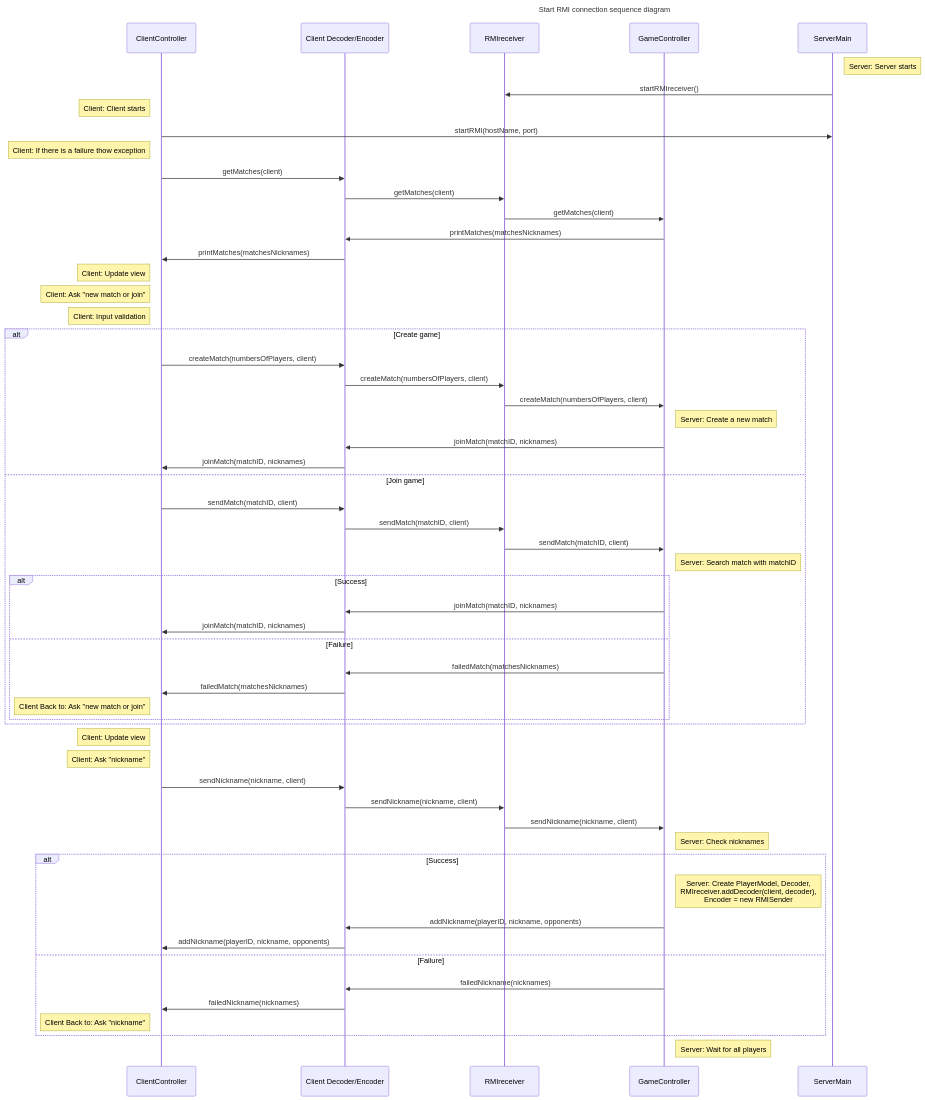
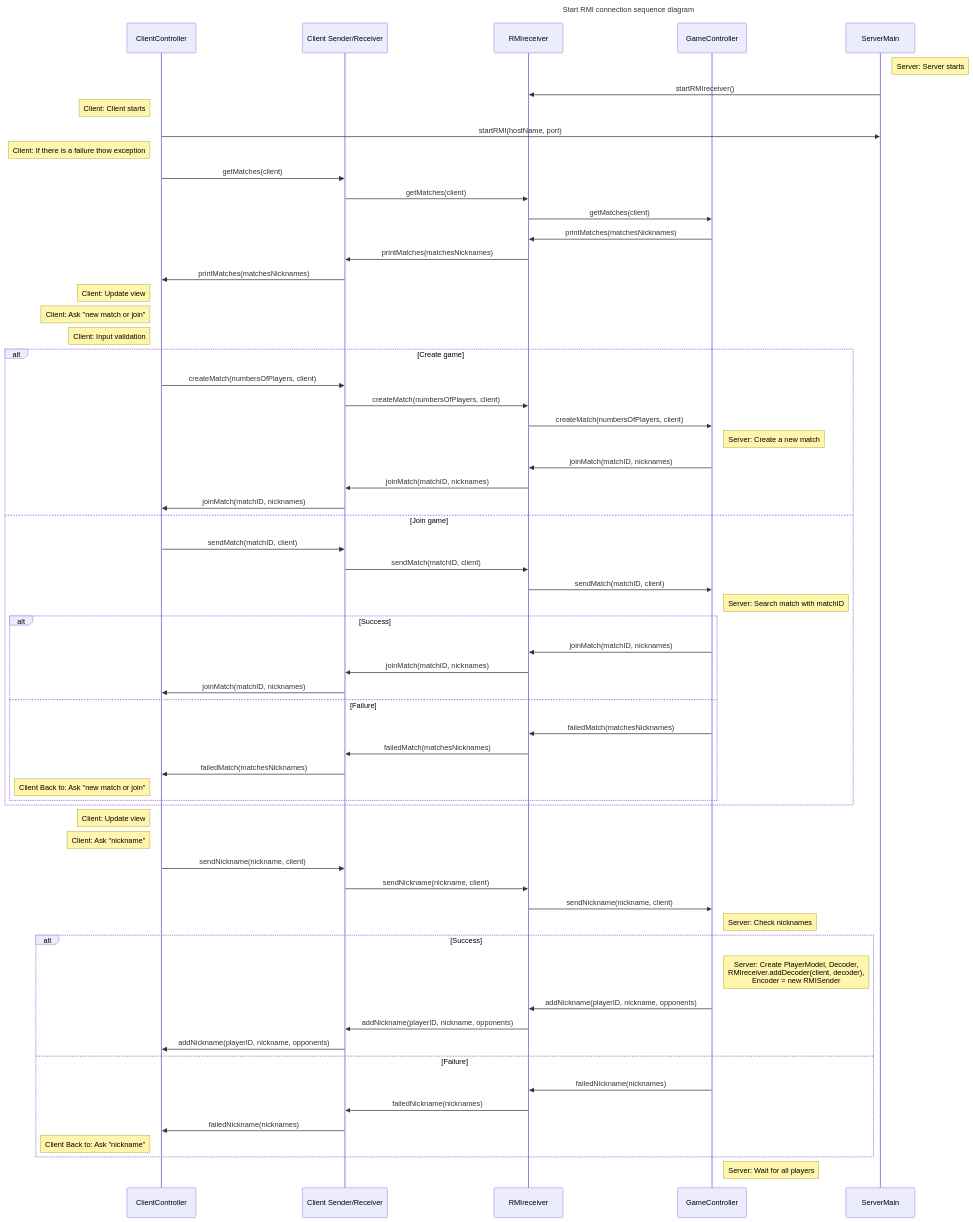
Before and after one commit to SteveOrDan/IS24-AM17: the fifth of 8 diagrams in README.md, drawn with Mermaid. The commit also changed other lines of this file, not shown here.

```diff
--- a/README.md
+++ b/README.md
@@ -1655,7 +1661,7 @@
     title Start RMI connection sequence diagram
 
     participant C as ClientController
-    participant Cn as Client Decoder/Encoder
+    participant Cn as Client Sender/Receiver
     participant Sn as RMIreceiver
     participant G as GameController
     participant S as ServerMain
@@ -1676,7 +1682,8 @@
 
     Sn->>G: getMatches(client)
 
-    G->>Cn: printMatches(matchesNicknames)
+    G->>Sn: printMatches(matchesNicknames)
+    Sn->>Cn: printMatches(matchesNicknames)
 
     Cn->>C: printMatches(matchesNicknames)
 
@@ -1693,7 +1700,8 @@
 
         Note right of G: Server: Create a new match
 
-        G->>Cn: joinMatch(matchID, nicknames)
+        G->>Sn: joinMatch(matchID, nicknames)
+        Sn->>Cn: joinMatch(matchID, nicknames)
 
         Cn->>C: joinMatch(matchID, nicknames)
     else Join game
@@ -1705,11 +1713,13 @@
 
         Note right of G: Server: Search match with matchID
         alt Success
-            G->>Cn: joinMatch(matchID, nicknames)
+            G->>Sn: joinMatch(matchID, nicknames)
+            Sn->>Cn: joinMatch(matchID, nicknames)
 
             Cn->>C: joinMatch(matchID, nicknames)
         else Failure
-            G->>Cn: failedMatch(matchesNicknames)
+            G->>Sn: failedMatch(matchesNicknames)
+            Sn->>Cn: failedMatch(matchesNicknames)
 
             Cn->>C: failedMatch(matchesNicknames)
             Note left of C: Client Back to: Ask "new match or join"
@@ -1729,11 +1739,13 @@
     alt Success
         Note right of G: Server: Create PlayerModel, Decoder,<br>RMIreceiver.addDecoder(client, decoder),<br> Encoder = new RMISender
 
-        G->>Cn: addNickname(playerID, nickname, opponents)
+        G->>Sn: addNickname(playerID, nickname, opponents)
+        Sn->>Cn: addNickname(playerID, nickname, opponents)
 
         Cn->>C: addNickname(playerID, nickname, opponents)
     else Failure
-        G->>Cn: failedNickname(nicknames)
+        G->>Sn: failedNickname(nicknames)
+        Sn->>Cn: failedNickname(nicknames)
 
         Cn->>C: failedNickname(nicknames)
         Note left of C: Client Back to: Ask "nickname"
```
